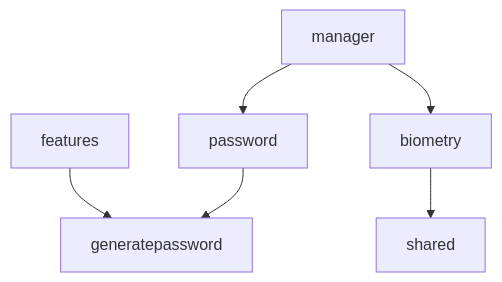
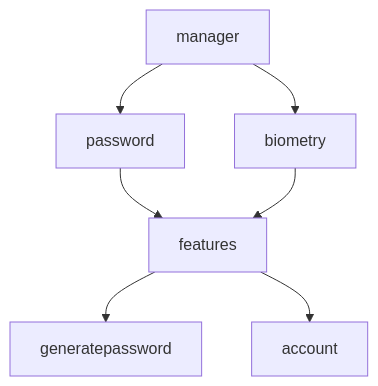
The second of 4 diagrams in README.md (getspherelabs/anypass-kmp), drawn with Mermaid before and after one commit. The commit also changed other lines of this file, not shown here.

Commit message:
chore: Fix module graphs in readme

````diff
--- a/README.md
+++ b/README.md
@@ -84,8 +84,11 @@
 ```mermaid
 graph TD;
     manager-->password;
     manager-->biometry;
+
+    password-->features;
+    biometry-->features;
+
     features-->generatepassword;
-    password-->generatepassword;
-    biometry-->shared;
+    features-->account;
 ```
````
